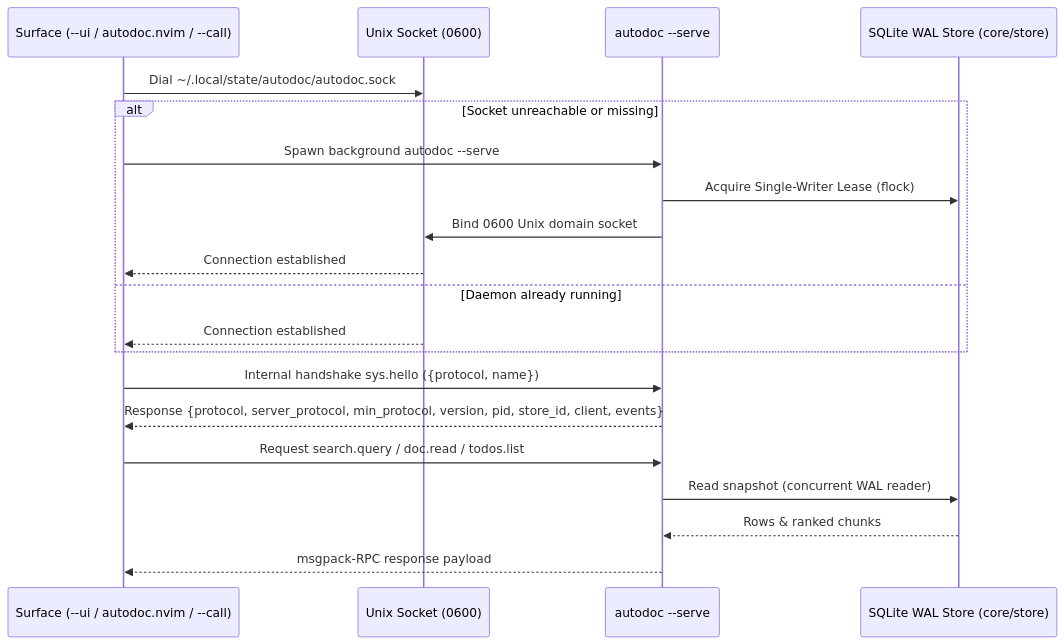
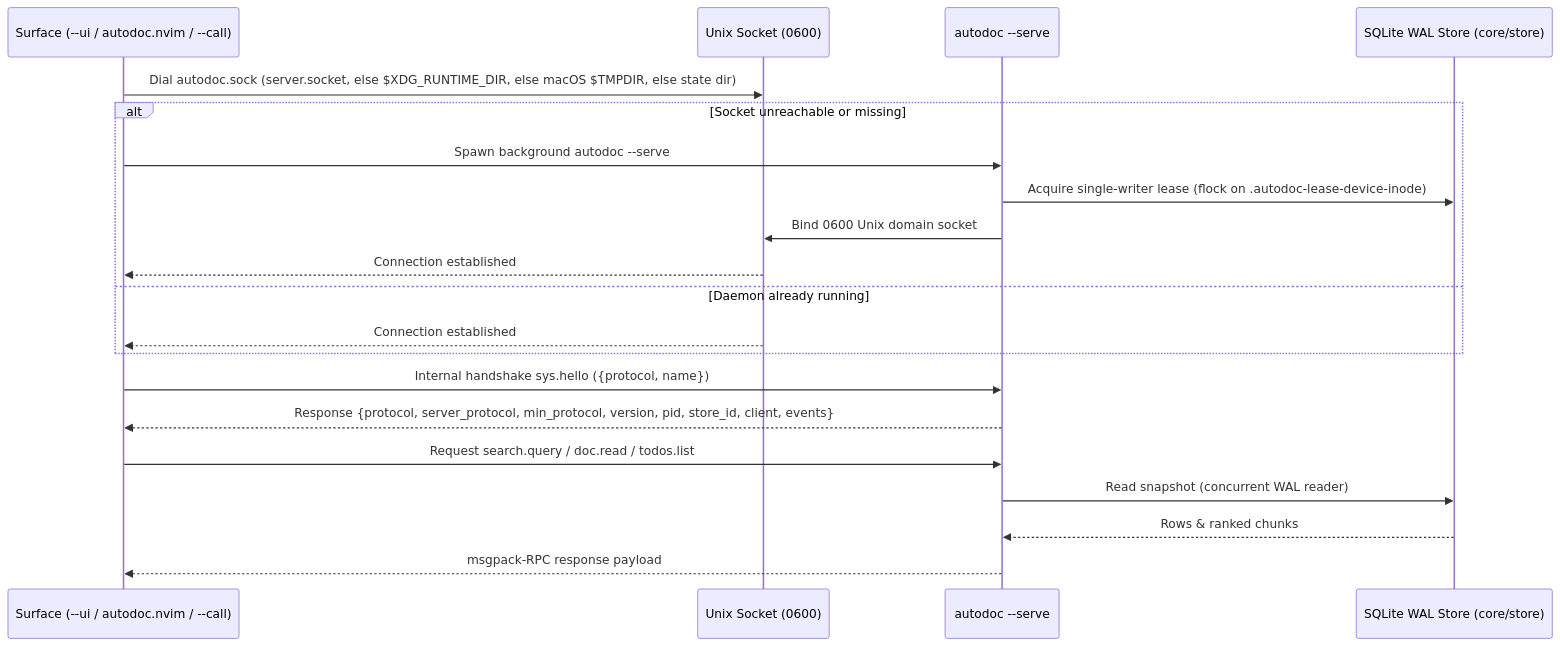
One commit to yongjohnlee80/autodoc changed the diagram in docs/tutorials/01-architecture-and-surfaces/client-rpc-flow.mmd. Above: the diagram before and after it, drawn with Mermaid. The commit also changed 2 other files, not shown here.

Commit message:
docs(tutorials): correct ch01 socket/lease paths and ch09 search hit shape (r1 review)

```diff
--- a/docs/tutorials/01-architecture-and-surfaces/client-rpc-flow.mmd
+++ b/docs/tutorials/01-architecture-and-surfaces/client-rpc-flow.mmd
@@ -1,21 +1,21 @@
 sequenceDiagram
     participant Client as Surface (--ui / autodoc.nvim / --call)
     participant Socket as Unix Socket (0600)
     participant Daemon as autodoc --serve
     participant Store as SQLite WAL Store (core/store)
 
-    Client->>Socket: Dial ~/.local/state/autodoc/autodoc.sock
+    Client->>Socket: Dial autodoc.sock (server.socket, else $XDG_RUNTIME_DIR, else macOS $TMPDIR, else state dir)
     alt Socket unreachable or missing
         Client->>Daemon: Spawn background autodoc --serve
-        Daemon->>Store: Acquire Single-Writer Lease (flock)
+        Daemon->>Store: Acquire single-writer lease (flock on .autodoc-lease-device-inode)
         Daemon->>Socket: Bind 0600 Unix domain socket
         Socket-->>Client: Connection established
     else Daemon already running
         Socket-->>Client: Connection established
     end
     Client->>Daemon: Internal handshake sys.hello ({protocol, name})
     Daemon-->>Client: Response {protocol, server_protocol, min_protocol, version, pid, store_id, client, events}
     Client->>Daemon: Request search.query / doc.read / todos.list
     Daemon->>Store: Read snapshot (concurrent WAL reader)
     Store-->>Daemon: Rows & ranked chunks
     Daemon-->>Client: msgpack-RPC response payload
```
